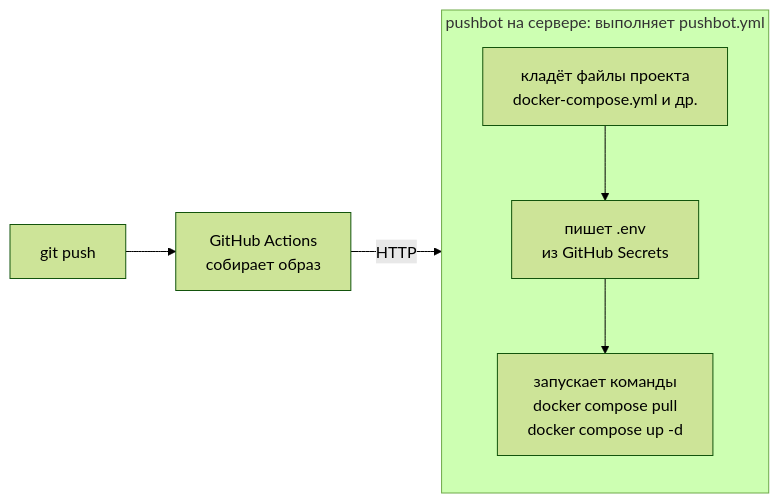
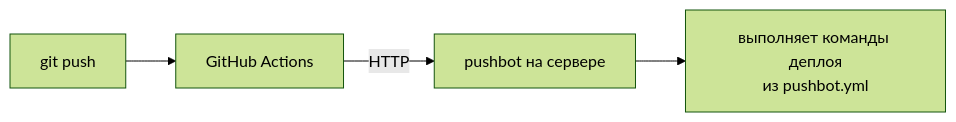
One commit to nikitakiselev/pushbot changed the diagram in README.md. Above: the diagram before and after it, drawn with Mermaid (forest theme).

Commit message:
README: simpler diagram
Claude-Session: https://claude.ai/code/session_011PvzNZ7EsDGdfVeAZ8LoCh

````diff
--- a/README.md
+++ b/README.md
@@ -9,10 +9,6 @@
 ```mermaid
 flowchart LR
-    A[git push] --> B["GitHub Actions<br/>собирает образ"]
-    B -->|HTTP| P
-    subgraph P["pushbot на сервере: выполняет pushbot.yml"]
-        direction TB
-        D["кладёт файлы проекта<br/>docker-compose.yml и др."] --> E["пишет .env<br/>из GitHub Secrets"]
-        E --> F["запускает команды<br/>docker compose pull<br/>docker compose up -d"]
-    end
+    A[git push] --> B[GitHub Actions]
+    B -->|HTTP| C[pushbot на сервере]
+    C --> D["выполняет команды деплоя<br/>из pushbot.yml"]
 ```
````
